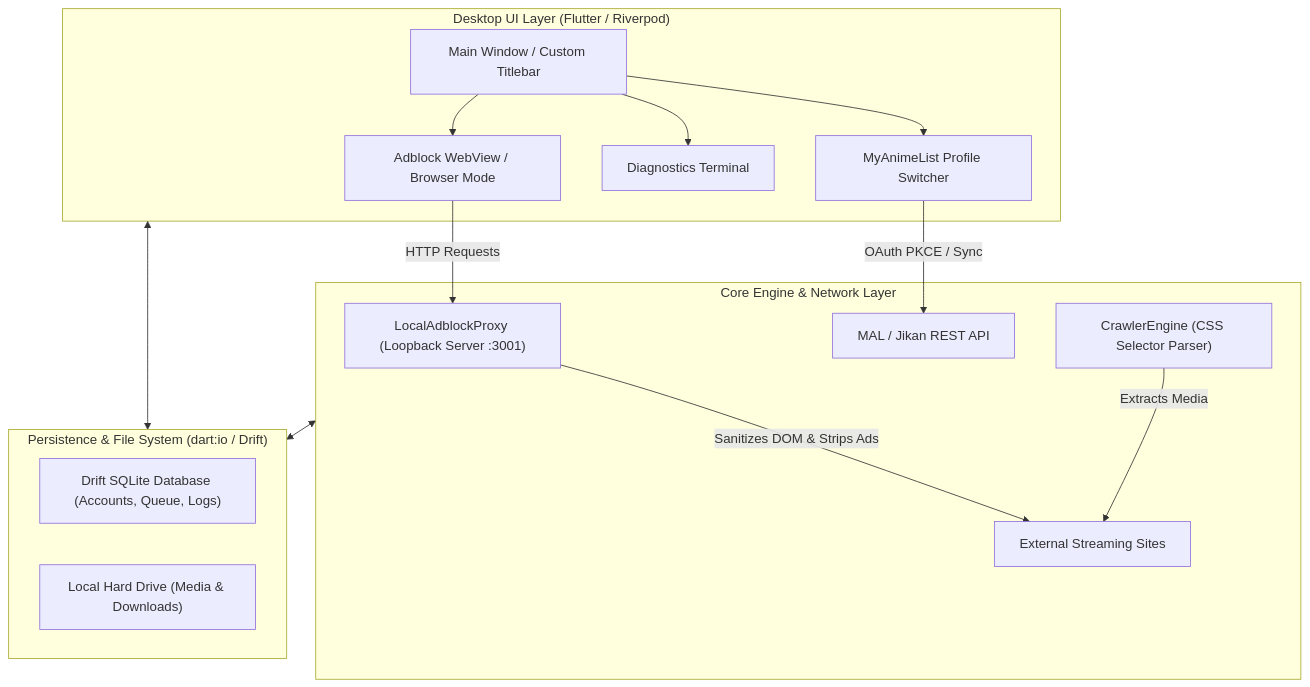
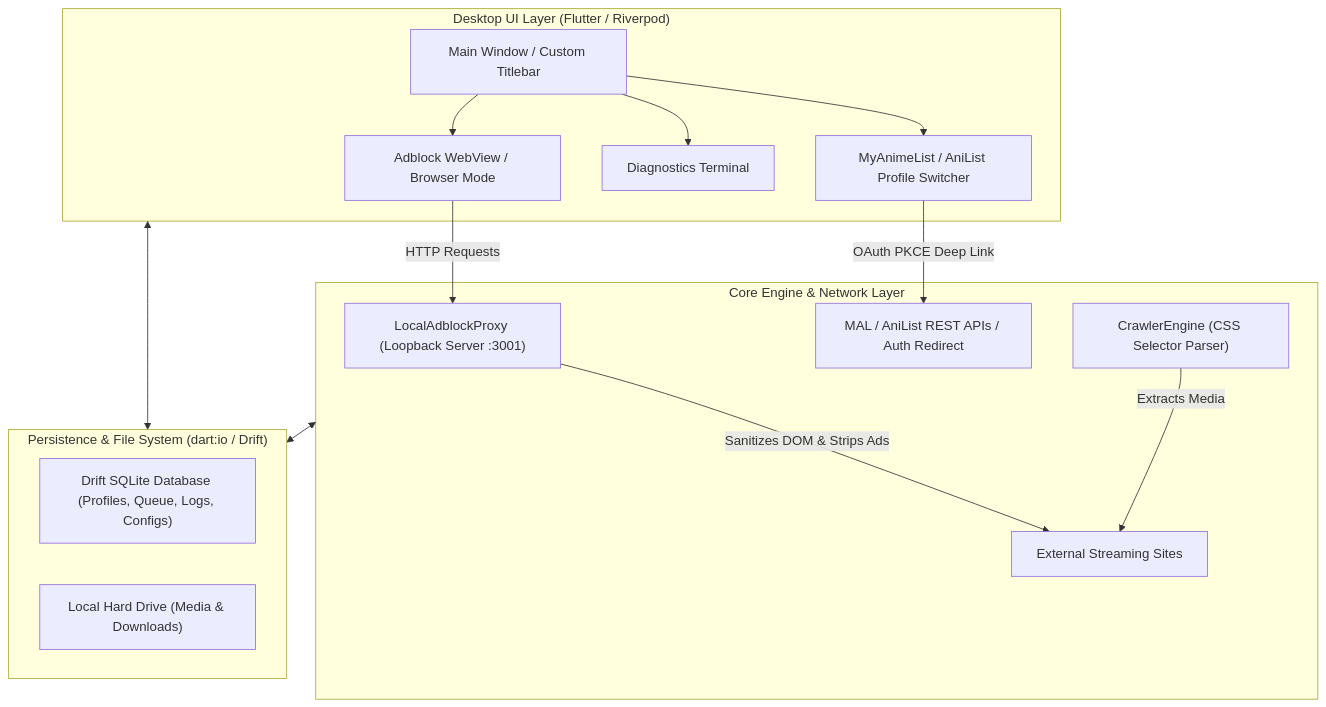
One commit to p2kr/komorebi changed the diagram in README.md. Above: the diagram before and after it, drawn with Mermaid. The commit also changed other lines of this file and 1 other file, not shown here.

````diff
--- a/README.md
+++ b/README.md
@@ -53,23 +56,23 @@
 ```mermaid
 graph TD
     subgraph GUI["Desktop UI Layer (Flutter / Riverpod)"]
         A["Main Window / Custom Titlebar"] --> B["Adblock WebView / Browser Mode"]
-        A --> C["MyAnimeList Profile Switcher"]
+        A --> C["MyAnimeList / AniList Profile Switcher"]
         A --> D["Diagnostics Terminal"]
     end
 
     subgraph Engine["Core Engine & Network Layer"]
         B -->|HTTP Requests| E["LocalAdblockProxy (Loopback Server :3001)"]
         E -->|Sanitizes DOM & Strips Ads| F["External Streaming Sites"]
-        C -->|OAuth PKCE / Sync| G["MAL / Jikan REST API"]
+        C -->|OAuth PKCE Deep Link| G["MAL / AniList REST APIs / Auth Redirect"]
         H["CrawlerEngine (CSS Selector Parser)"] -->|Extracts Media| F
     end
 
     subgraph Storage["Persistence & File System (dart:io / Drift)"]
-        I["Drift SQLite Database (Accounts, Queue, Logs)"]
+        I["Drift SQLite Database (Profiles, Queue, Logs, Configs)"]
         J["Local Hard Drive (Media & Downloads)"]
     end
 
     GUI <--> Storage
     Engine <--> Storage
 ```
````
